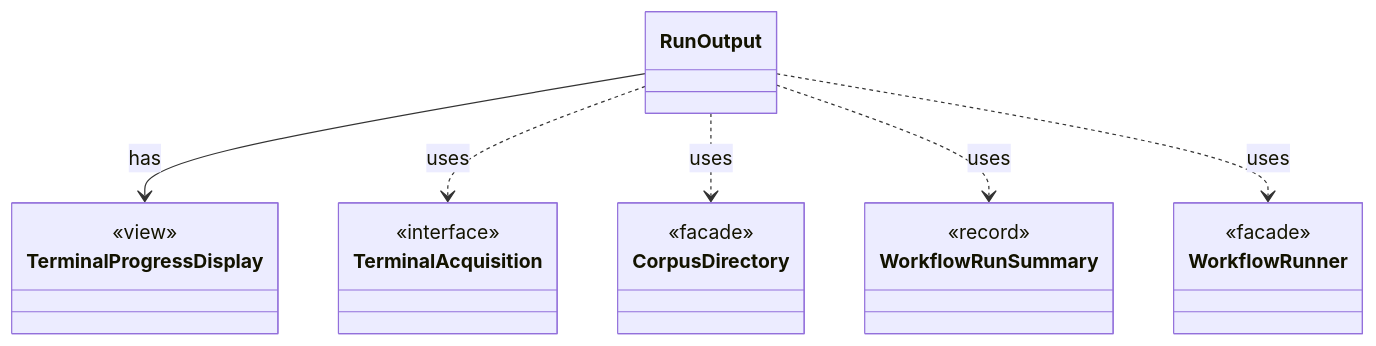
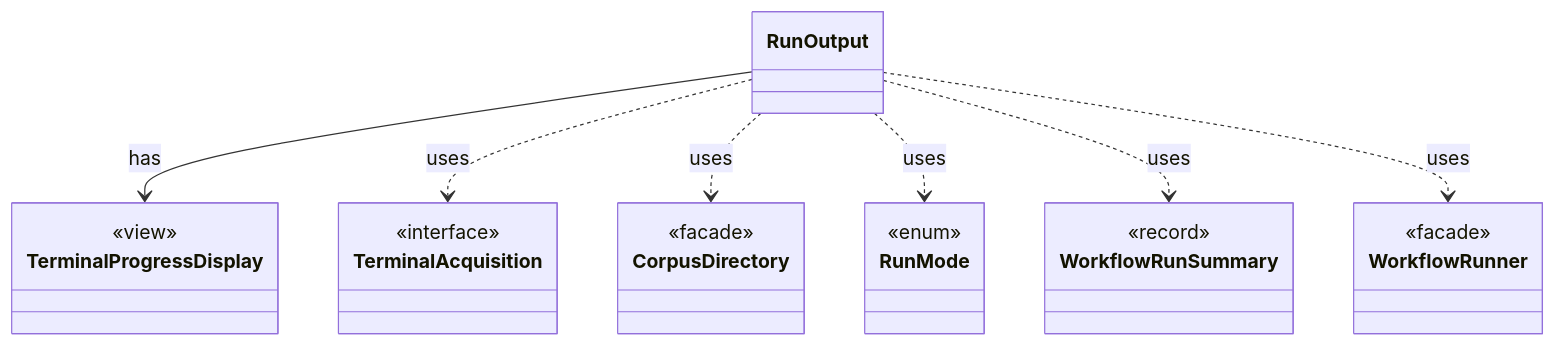
Before and after one commit to tlaplus/model-checker-hardening: the diagram in dev/types/io.github.tlaplus.hardening.cli.RunOutput.md, drawn with Mermaid. The commit also changed other lines of this file and 402 other files, not shown here.

````diff
--- a/dev/types/io.github.tlaplus.hardening.cli.RunOutput.md
+++ b/dev/types/io.github.tlaplus.hardening.cli.RunOutput.md
@@ -7,24 +7,28 @@
 ```mermaid
 classDiagram
   class RunOutput
   class TerminalProgressDisplay {
     <<view>>
   }
   class TerminalAcquisition {
     <<interface>>
   }
   class CorpusDirectory {
     <<facade>>
   }
+  class RunMode {
+    <<enum>>
+  }
   class WorkflowRunSummary {
     <<record>>
   }
   class WorkflowRunner {
     <<facade>>
   }
   RunOutput --> TerminalProgressDisplay : has
   RunOutput ..> TerminalAcquisition : uses
   RunOutput ..> CorpusDirectory : uses
+  RunOutput ..> RunMode : uses
   RunOutput ..> WorkflowRunSummary : uses
   RunOutput ..> WorkflowRunner : uses
 ```
````
